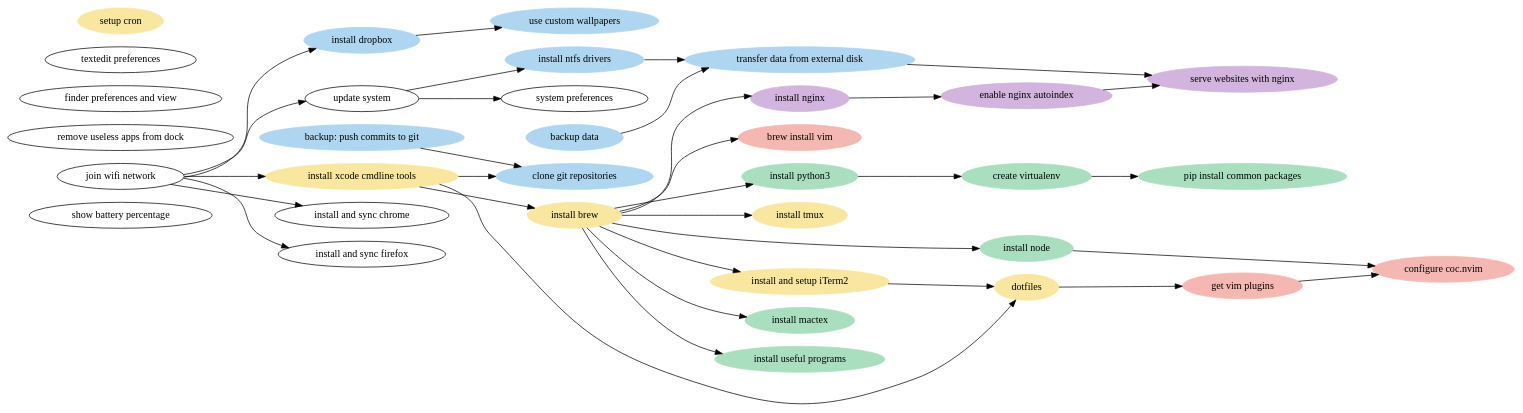
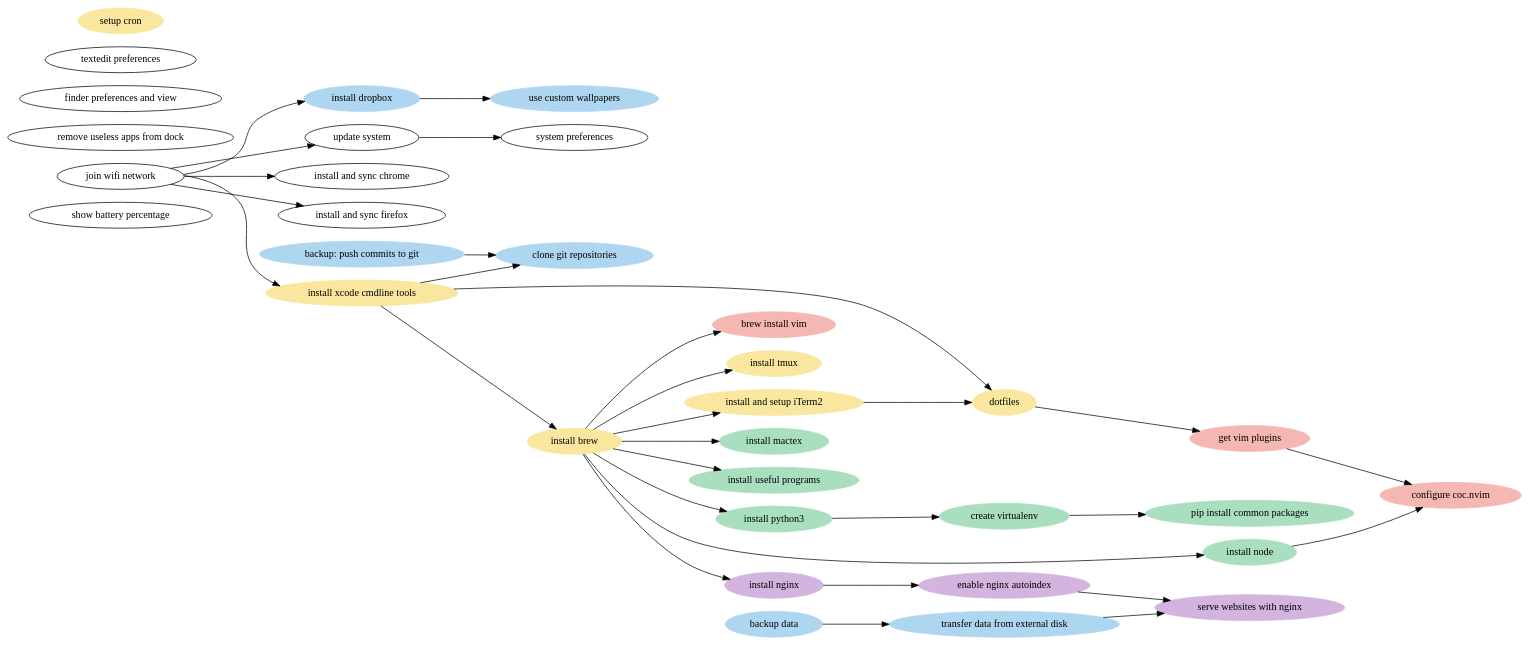
One commit to sharmaeklavya2/blog-source changed the diagram in content/img/macos-customize-graph.dot. Above: the diagram before and after it, drawn with Graphviz. The commit also changed 1 other file, not shown here.

Commit message:
customize-macos: NTFS

```diff
--- a/content/img/macos-customize-graph.dot
+++ b/content/img/macos-customize-graph.dot
@@ -1,81 +1,78 @@
 digraph dep_graph {
     rankdir="LR"
 
     "show battery percentage"
     "join wifi network"
     "update system"
         "join wifi network" -> "update system"
     "remove useless apps from dock"
     "system preferences"
         "update system" -> "system preferences"
     "finder preferences and view"
     "textedit preferences"
     "install and sync chrome"
         "join wifi network" -> "install and sync chrome"
     "install and sync firefox"
         "join wifi network" -> "install and sync firefox"
 
     node [style = "filled"]
 
     node [color = "#F9E79F"]
     "install xcode cmdline tools"
         "join wifi network" -> "install xcode cmdline tools"
     "install brew"
         "install xcode cmdline tools" -> "install brew"
     "install tmux"
         "install brew" -> "install tmux"
     "install and setup iTerm2"
         "install brew" -> "install and setup iTerm2"
     "dotfiles"
         "install and setup iTerm2" -> "dotfiles"
         "install xcode cmdline tools" -> "dotfiles"
     "setup cron"
 
     node [color = "#A9DFBF"]
     "install mactex"
         "install brew" -> "install mactex"
     "install useful programs"
         "install brew" -> "install useful programs"
     "install python3"
         "install brew" -> "install python3"
     "install node"
         "install brew" -> "install node"
     "create virtualenv"
         "install python3" -> "create virtualenv"
     "pip install common packages"
         "create virtualenv" -> "pip install common packages"
 
     node [color = "#AED6F1"]
     "backup data"
     "backup: push commits to git"
     "clone git repositories"
         "install xcode cmdline tools" -> "clone git repositories"
         "backup: push commits to git" -> "clone git repositories"
-    "install ntfs drivers"
-        "update system" -> "install ntfs drivers"
     "transfer data from external disk"
         "backup data" -> "transfer data from external disk"
-        "install ntfs drivers" -> "transfer data from external disk"
     "install dropbox"
         "join wifi network" -> "install dropbox"
     "use custom wallpapers"
         "install dropbox" -> "use custom wallpapers"
 
     node [color = "#D2B4DE"]
     "install nginx"
         "install brew" -> "install nginx"
     "enable nginx autoindex"
         "install nginx" -> "enable nginx autoindex"
     "serve websites with nginx"
         "enable nginx autoindex" -> "serve websites with nginx"
         "transfer data from external disk" -> "serve websites with nginx"
 
     node [color = "#F5B7B1"];
     "brew install vim"
         "install brew" -> "brew install vim"
     "get vim plugins"
         "dotfiles" -> "get vim plugins"
     "configure coc.nvim"
         "install node" -> "configure coc.nvim"
         "get vim plugins" -> "configure coc.nvim"
 }
```
